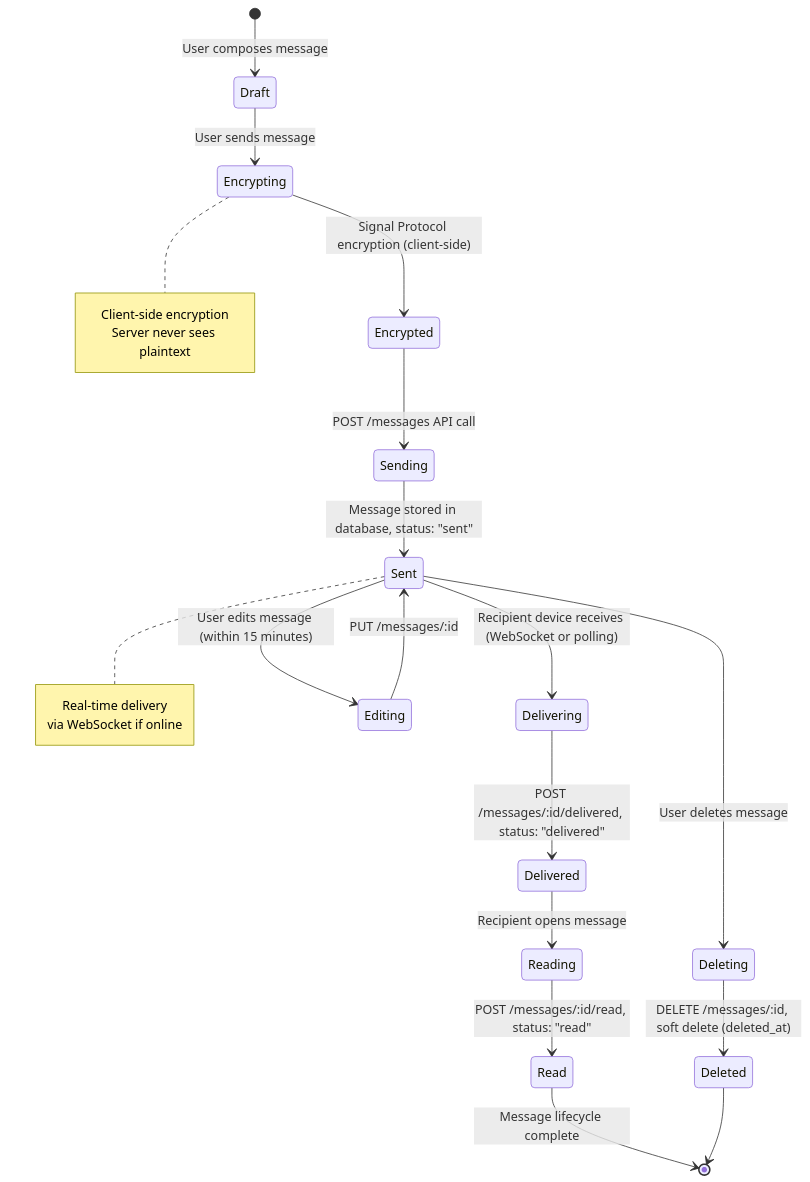
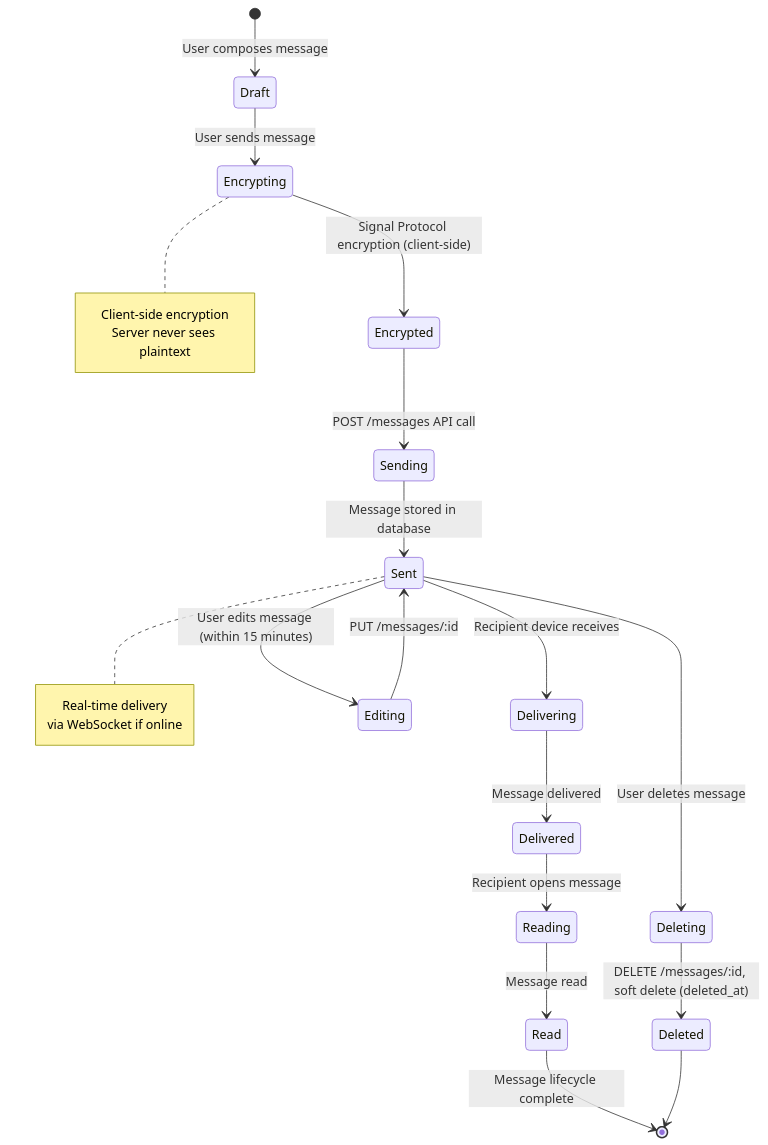
Diagram 12 of 15 in README.md (YaduEnc/PlasticWorld), drawn with Mermaid before and after one commit.

Commit message:
Fix Mermaid state diagram: remove quotes from transition labels
- Remove quotes from state transition labels (Mermaid doesn't support them)
- Simplify transition descriptions for better compatibility

````diff
--- a/README.md
+++ b/README.md
@@ -797,39 +797,39 @@
 ```mermaid
 stateDiagram-v2
     [*] --> Draft: User composes message
     
     Draft --> Encrypting: User sends message
     
     Encrypting --> Encrypted: Signal Protocol encryption (client-side)
     
     Encrypted --> Sending: POST /messages API call
     
-    Sending --> Sent: Message stored in database, status: "sent"
+    Sending --> Sent: Message stored in database
     
-    Sent --> Delivering: Recipient device receives (WebSocket or polling)
+    Sent --> Delivering: Recipient device receives
     
-    Delivering --> Delivered: POST /messages/:id/delivered, status: "delivered"
+    Delivering --> Delivered: Message delivered
     
     Delivered --> Reading: Recipient opens message
     
-    Reading --> Read: POST /messages/:id/read, status: "read"
+    Reading --> Read: Message read
     
     Read --> [*]: Message lifecycle complete
     
     Sent --> Editing: User edits message (within 15 minutes)
     Editing --> Sent: PUT /messages/:id
     
     Sent --> Deleting: User deletes message
     Deleting --> Deleted: DELETE /messages/:id, soft delete (deleted_at)
     Deleted --> [*]
     
     note right of Encrypting
         Client-side encryption
         Server never sees plaintext
     end note
     
     note right of Sent
         Real-time delivery
         via WebSocket if online
     end note
 ```
````
